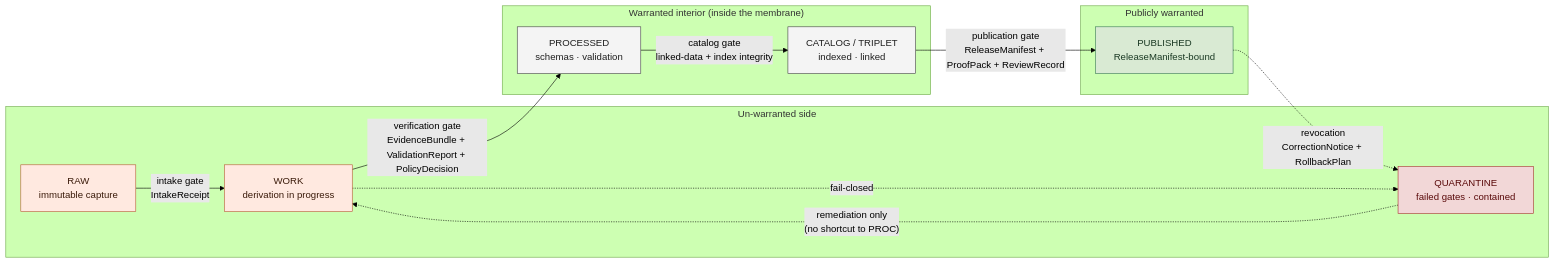
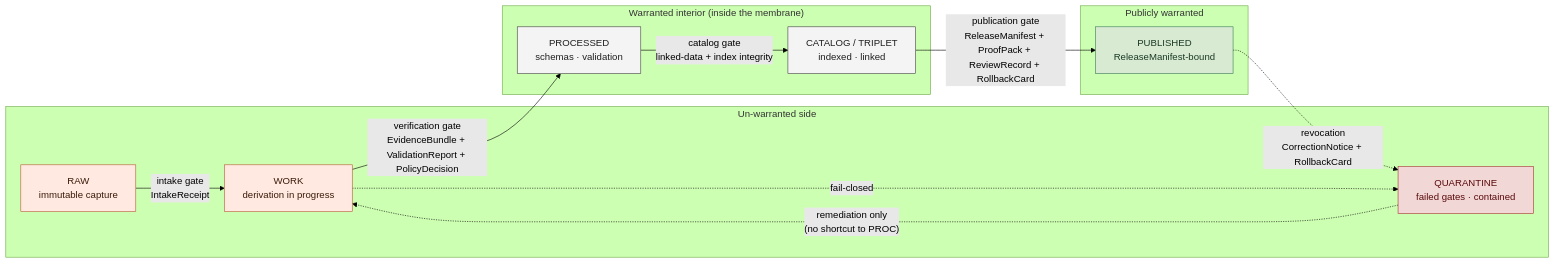
Before and after one commit to bartytime4life/Kansas-Frontier-Matrix: the diagram in docs/doctrine/trust-membrane.md, drawn with Mermaid (forest theme). The commit also changed other lines of this file, not shown here.

````diff
--- a/docs/doctrine/trust-membrane.md
+++ b/docs/doctrine/trust-membrane.md
@@ -172,30 +205,30 @@
 ```mermaid
 flowchart LR
     classDef unwarranted fill:#FFE9E0,stroke:#B85C38,color:#3B1B0A;
     classDef interior fill:#F4F4F4,stroke:#444,color:#1F1F1F;
     classDef warranted fill:#D9EAD3,stroke:#3B7A57,color:#1B3A24;
     classDef denied fill:#F2D7D7,stroke:#A33,color:#5A0A0A;
 
     subgraph LEFT["Un-warranted side"]
         RAW["RAW<br/>immutable capture"]:::unwarranted
         WORK["WORK<br/>derivation in progress"]:::unwarranted
         QUAR["QUARANTINE<br/>failed gates · contained"]:::denied
     end
 
     subgraph MID["Warranted interior (inside the membrane)"]
         PROC["PROCESSED<br/>schemas · validation"]:::interior
         CAT["CATALOG / TRIPLET<br/>indexed · linked"]:::interior
     end
 
     subgraph RIGHT["Publicly warranted"]
         PUB["PUBLISHED<br/>ReleaseManifest-bound"]:::warranted
     end
 
     RAW -- "intake gate<br/>IntakeReceipt" --> WORK
     WORK -- "verification gate<br/>EvidenceBundle + ValidationReport + PolicyDecision" --> PROC
     WORK -. "fail-closed" .-> QUAR
     PROC -- "catalog gate<br/>linked-data + index integrity" --> CAT
-    CAT -- "publication gate<br/>ReleaseManifest + ProofPack + ReviewRecord" --> PUB
+    CAT -- "publication gate<br/>ReleaseManifest + ProofPack + ReviewRecord + RollbackCard" --> PUB
     QUAR -. "remediation only<br/>(no shortcut to PROC)" .-> WORK
-    PUB -. "revocation<br/>CorrectionNotice + RollbackPlan" .-> QUAR
+    PUB -. "revocation<br/>CorrectionNotice + RollbackCard" .-> QUAR
 ```
````
